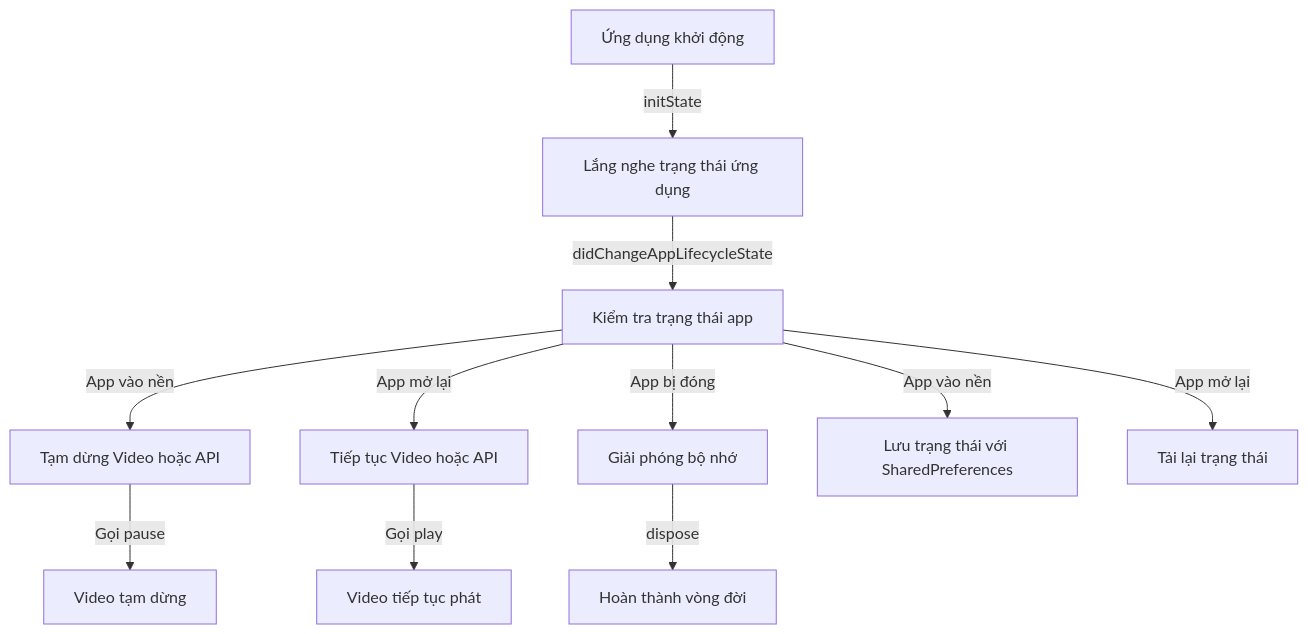
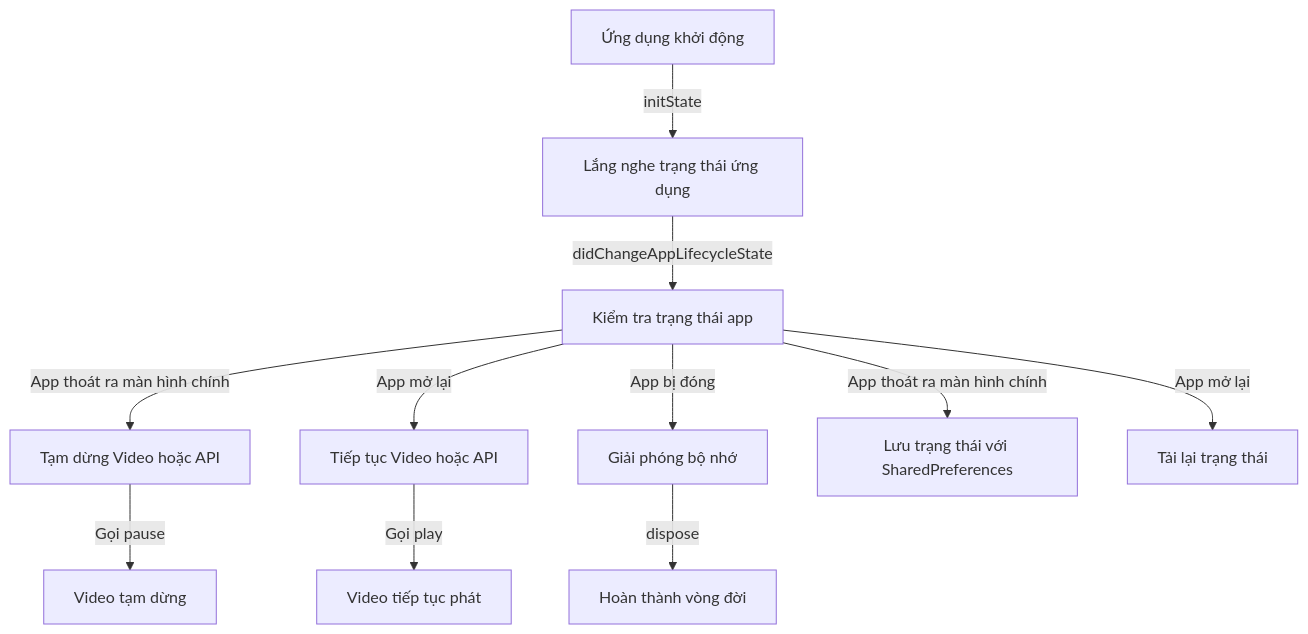
One commit to datnd35-angular/Flutter-Lifecycle changed the third of 3 diagrams in README.md. Above: the diagram before and after it, drawn with Mermaid. The commit also changed other lines of this file, not shown here.

````diff
--- a/README.md
+++ b/README.md
@@ -126,21 +126,21 @@
 ```mermaid
 graph TD
   A[Ứng dụng khởi động] -->|initState| B[Lắng nghe trạng thái ứng dụng]
   
   %% Lắng nghe trạng thái ứng dụng
   B -->|didChangeAppLifecycleState| C[Kiểm tra trạng thái app]
-  C -->|App vào nền| D[Tạm dừng Video hoặc API]
+  C -->|App thoát ra màn hình chính| D[Tạm dừng Video hoặc API]
   C -->|App mở lại| E[Tiếp tục Video hoặc API]
   C -->|App bị đóng| F[Giải phóng bộ nhớ]
 
   %% Dừng & tiếp tục phát video
   D -->|Gọi pause| D1[Video tạm dừng]
   E -->|Gọi play| E1[Video tiếp tục phát]
 
   %% Lưu & khôi phục trạng thái
-  C -->|App vào nền| G[Lưu trạng thái với SharedPreferences]
+  C -->|App thoát ra màn hình chính| G[Lưu trạng thái với SharedPreferences]
   C -->|App mở lại| H[Tải lại trạng thái]
   
   %% Hoàn tất vòng đời
   F -->|dispose| I[Hoàn thành vòng đời]
 ```
````
